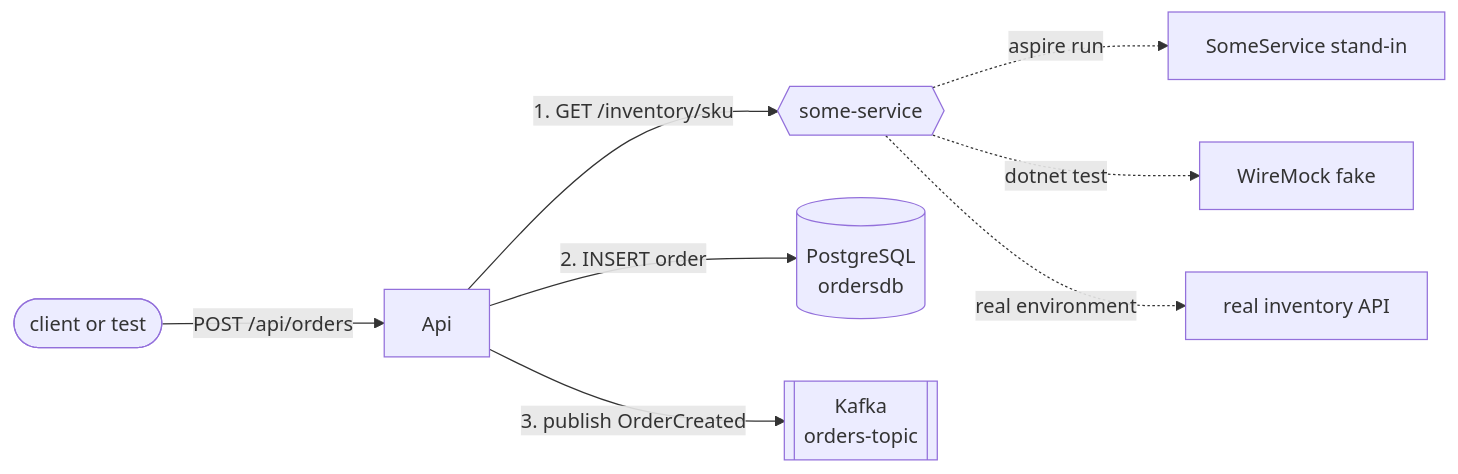
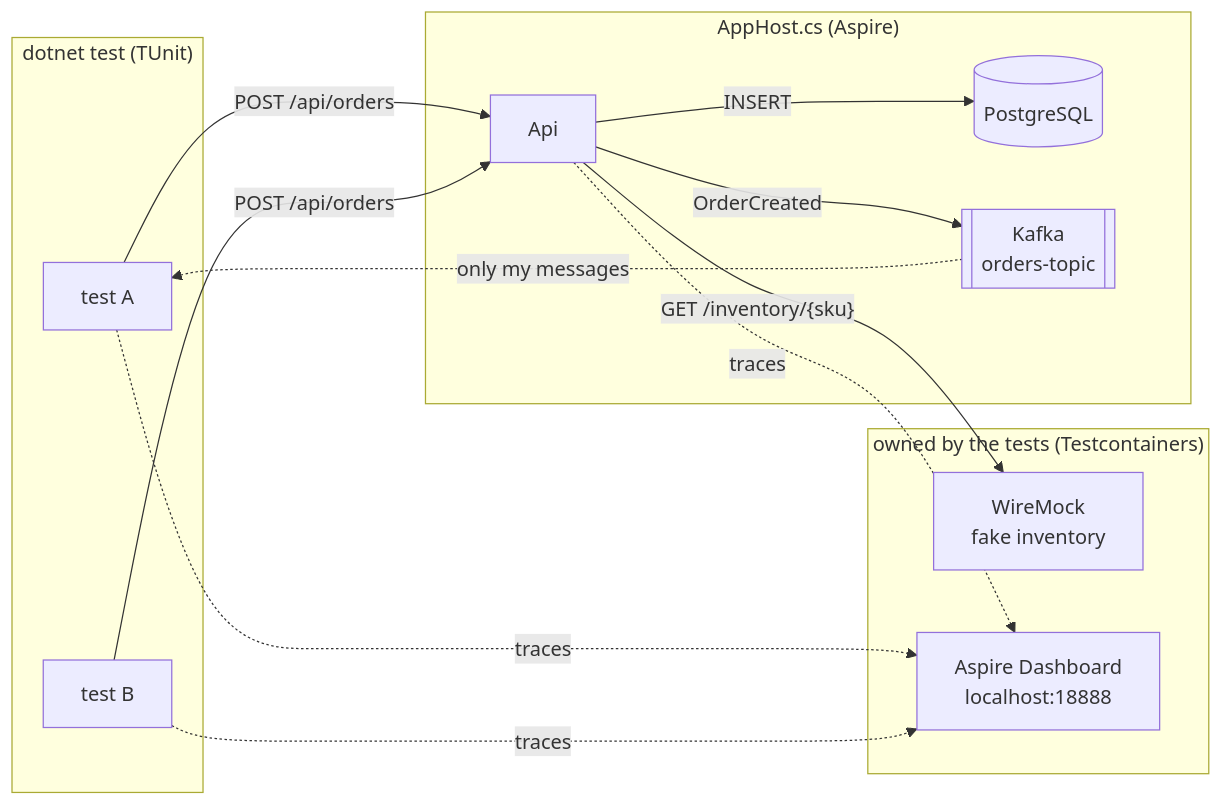
The first of 3 diagrams in README.md (bulatgrzegorz/functional-tests), drawn with Mermaid before and after one commit. The commit also changed other lines of this file and 4 other files, not shown here.

First line of the commit message:
Stubs declare the third party they fake; dotnet run starts the AppHost

````diff
--- a/README.md
+++ b/README.md
@@ -36,10 +9,22 @@
 ```mermaid
 flowchart LR
-  client([client or test]) -->|POST /api/orders| api[Api]
-  api -->|1. GET /inventory/sku| inv{{some-service}}
-  api -->|2. INSERT order| pg[(PostgreSQL<br/>ordersdb)]
-  api -->|3. publish OrderCreated| kafka[[Kafka<br/>orders-topic]]
-  inv -.->|aspire run| standin[SomeService stand-in]
-  inv -.->|dotnet test| wiremock[WireMock fake]
-  inv -.->|real environment| real[real inventory API]
+  subgraph session["dotnet test (TUnit)"]
+    a["test A"]
+    b["test B"]
+  end
+  subgraph system["AppHost.cs (Aspire)"]
+    api["Api"]
+    pg[("PostgreSQL")]
+    kafka[["Kafka<br/>orders-topic"]]
+  end
+  subgraph owned["owned by the tests (Testcontainers)"]
+    wm["WireMock<br/>fake inventory"]
+    dash["Aspire Dashboard<br/>localhost:18888"]
+  end
+  a & b -->|"POST /api/orders"| api
+  api -->|"GET /inventory/{sku}"| wm
+  api -->|"INSERT"| pg
+  api -->|"OrderCreated"| kafka
+  kafka -.->|"only my messages"| a
+  a & b & api -.->|"traces"| dash
 ```
````
